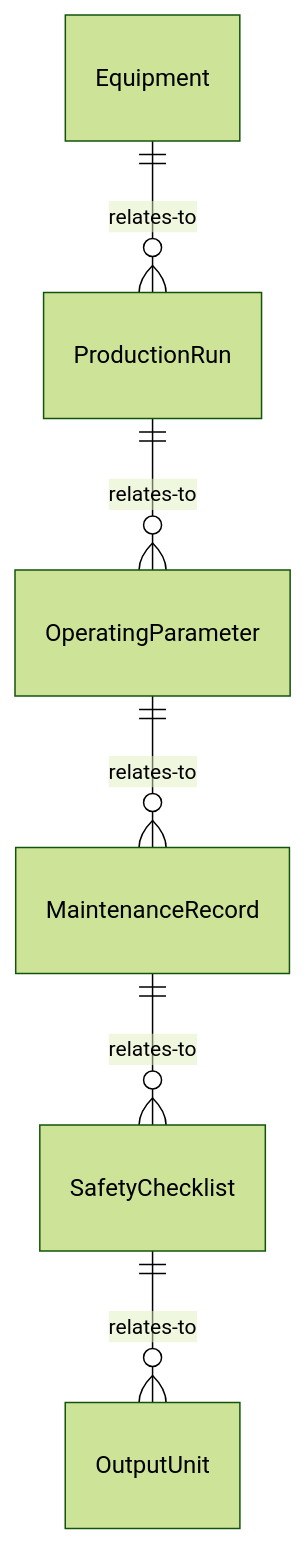
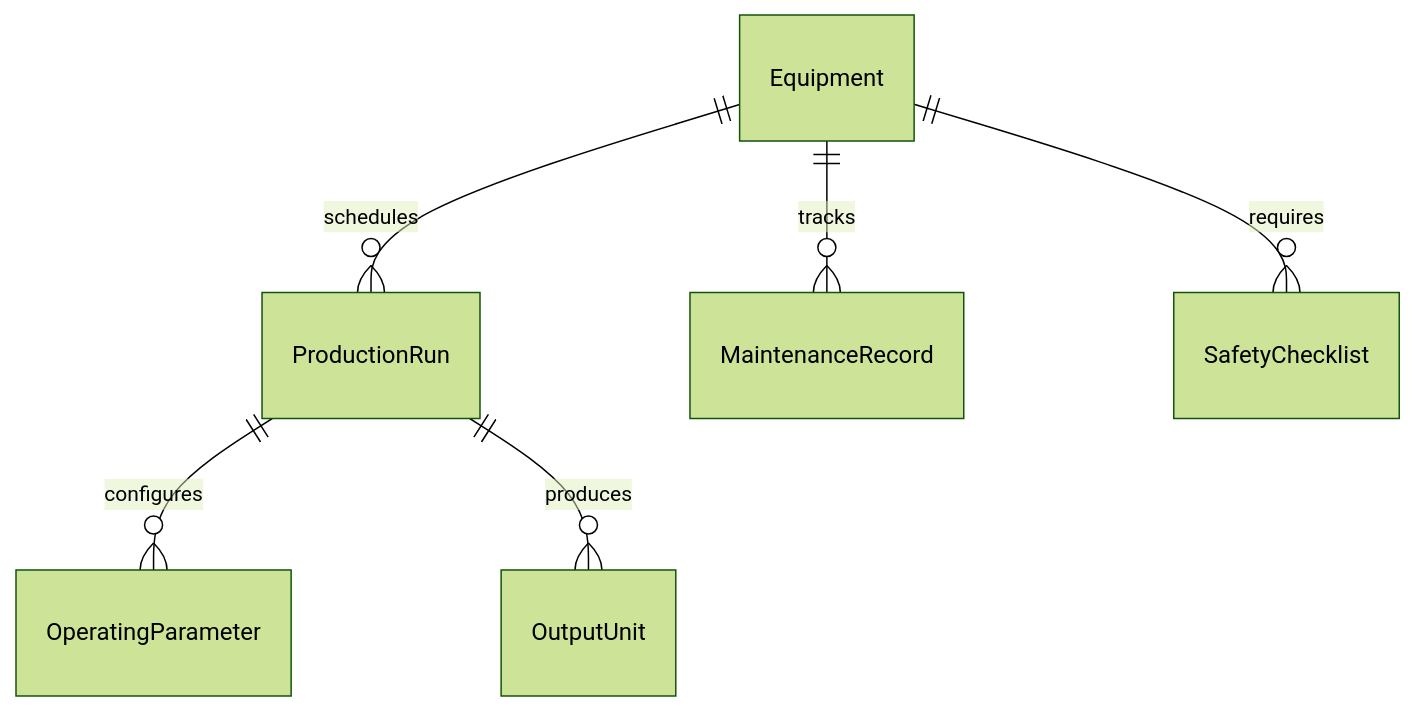
One commit to dot-org-ai/tasks.org.ai changed the first of 4 diagrams in ControllingMachinesAndProcesses/OperateIndustrialProcessingOrProductionEquipment/OperateIndustrialEquipment.mdx. Above: the diagram before and after it, drawn with Mermaid (forest theme). The commit also changed other lines of this file and 515 other files, not shown here.

````diff
--- a/ControllingMachinesAndProcesses/OperateIndustrialProcessingOrProductionEquipment/OperateIndustrialEquipment.mdx
+++ b/ControllingMachinesAndProcesses/OperateIndustrialProcessingOrProductionEquipment/OperateIndustrialEquipment.mdx
@@ -89,8 +89,8 @@
 ```mermaid
 erDiagram
-    Equipment ||--o{ ProductionRun : relates-to
-    ProductionRun ||--o{ OperatingParameter : relates-to
-    OperatingParameter ||--o{ MaintenanceRecord : relates-to
-    MaintenanceRecord ||--o{ SafetyChecklist : relates-to
-    SafetyChecklist ||--o{ OutputUnit : relates-to
+    Equipment ||--o{ ProductionRun : schedules
+    ProductionRun ||--o{ OperatingParameter : configures
+    Equipment ||--o{ MaintenanceRecord : tracks
+    ProductionRun ||--o{ OutputUnit : produces
+    Equipment ||--o{ SafetyChecklist : requires
 ```
````
